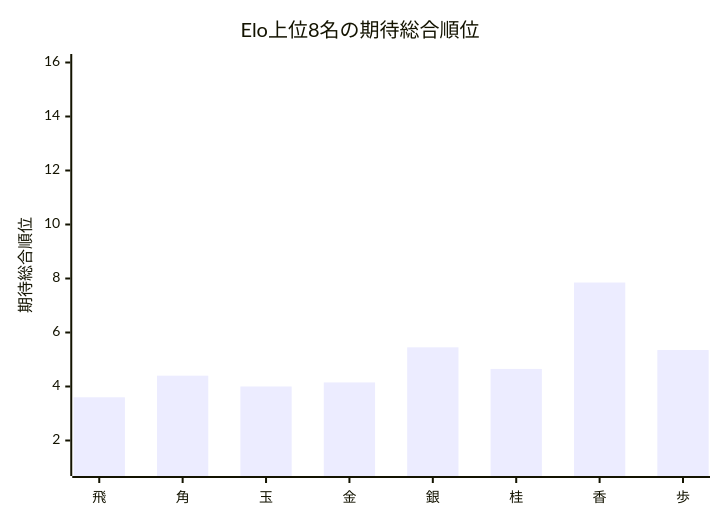
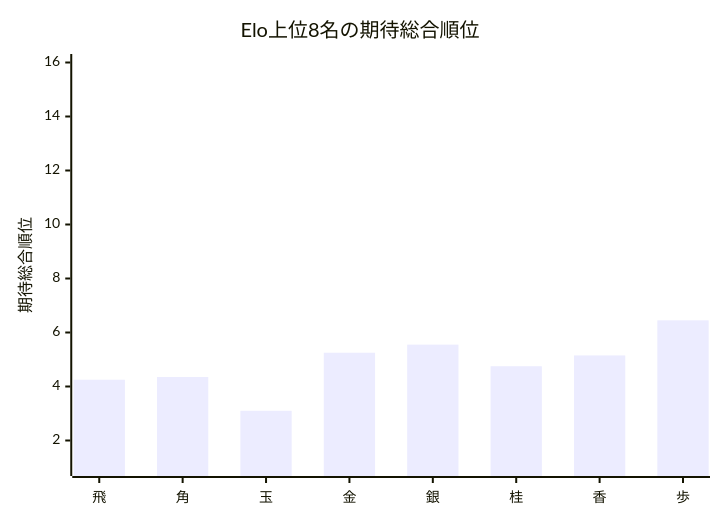
The first of 2 diagrams in docs/Reports/quality_summary_[先手8x後手8]_[Neutral_Single10_STSAInput2_draft].md (muzudho/ShogiTournamentSystemAnalyzer), drawn with Mermaid before and after one commit. The commit also changed other lines of this file and 3 other files, not shown here.

````diff
--- a/docs/Reports/quality_summary_[先手8x後手8]_[Neutral_Single10_STSAInput2_draft].md
+++ b/docs/Reports/quality_summary_[先手8x後手8]_[Neutral_Single10_STSAInput2_draft].md
@@ -43,7 +43,7 @@
 ```mermaid
 xychart-beta
     title "Elo上位8名の期待総合順位"
     x-axis ["飛", "角", "玉", "金", "銀", "桂", "香", "歩"]
     y-axis "期待総合順位" 1 --> 16
-    bar [3.600, 4.400, 4.000, 4.150, 5.450, 4.650, 7.850, 5.350]
+    bar [4.250, 4.350, 3.100, 5.250, 5.550, 4.750, 5.150, 6.450]
 ```
````
